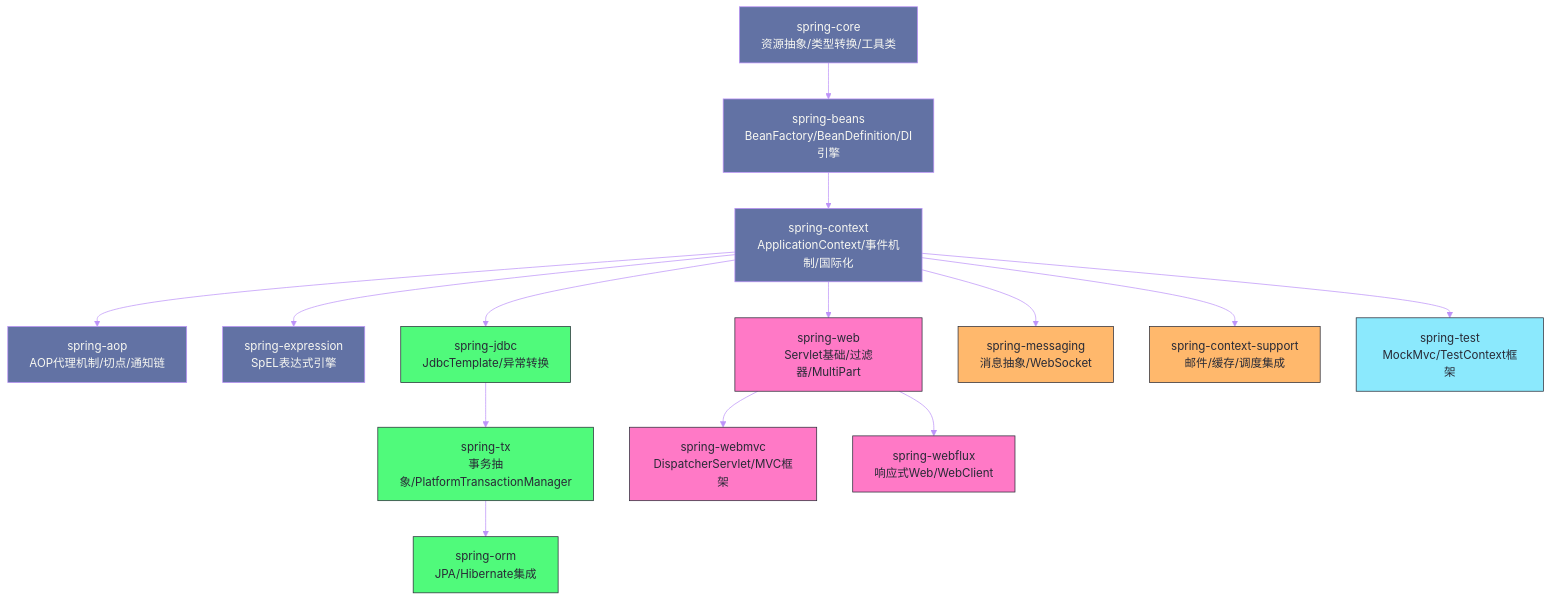
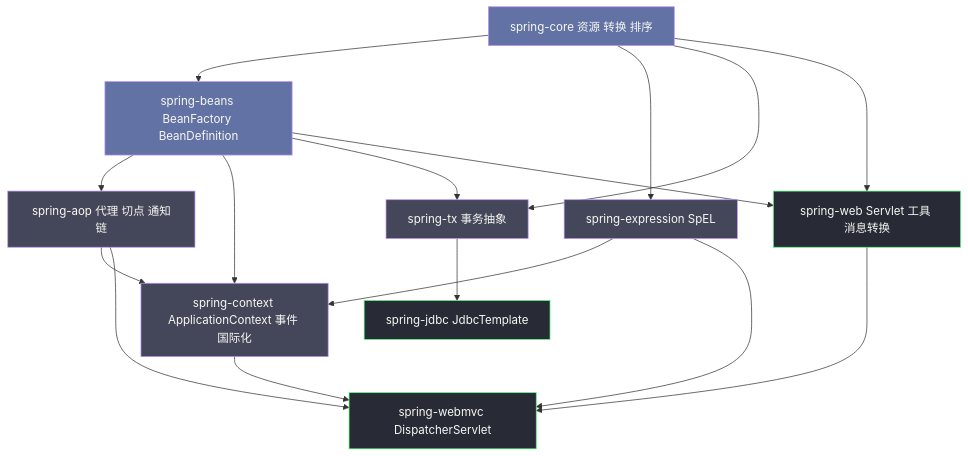
One commit to hpliStartAgain/my-brain changed the first of 4 diagrams in content/Java/SpringCore/01 Spring全局架构——模块划分与核心设计理念.md. Above: the diagram before and after it, drawn with Mermaid. The commit also changed other lines of this file and 455 other files, not shown here.

````diff
--- a/content/Java/SpringCore/01 Spring全局架构——模块划分与核心设计理念.md
+++ b/content/Java/SpringCore/01 Spring全局架构——模块划分与核心设计理念.md
@@ -82,48 +61,37 @@
 ```mermaid
-%%{init: {'theme': 'base', 'themeVariables': {'primaryColor': '#6272a4', 'primaryTextColor': '#f8f8f2', 'primaryBorderColor': '#44475a', 'lineColor': '#bd93f9', 'secondaryColor': '#44475a', 'tertiaryColor': '#282a36', 'background': '#282a36', 'mainBkg': '#44475a', 'nodeBorder': '#6272a4', 'clusterBkg': '#282a36', 'titleColor': '#f8f8f2', 'edgeLabelBackground': '#44475a', 'fontFamily': 'monospace'}}}%%
+%%{init: {'theme': 'dracula'}}%%
 graph TD
-    classDef core fill:#6272a4,stroke:#bd93f9,color:#f8f8f2
-    classDef data fill:#50fa7b,stroke:#282a36,color:#282a36
-    classDef web fill:#ff79c6,stroke:#282a36,color:#282a36
-    classDef integration fill:#ffb86c,stroke:#282a36,color:#282a36
-    classDef test fill:#8be9fd,stroke:#282a36,color:#282a36
+    classDef base fill:#6272a4,stroke:#bd93f9,color:#f8f8f2
+    classDef mid fill:#44475a,stroke:#bd93f9,color:#f8f8f2
+    classDef leaf fill:#282a36,stroke:#50fa7b,color:#f8f8f2
 
-    A["spring-core</br>资源抽象/类型转换/工具类"]
-    B["spring-beans</br>BeanFactory/BeanDefinition/DI引擎"]
-    C["spring-context</br>ApplicationContext/事件机制/国际化"]
-    D["spring-aop</br>AOP代理机制/切点/通知链"]
-    E["spring-expression</br>SpEL表达式引擎"]
-    
-    F["spring-jdbc</br>JdbcTemplate/异常转换"]
-    G["spring-tx</br>事务抽象/PlatformTransactionManager"]
-    H["spring-orm</br>JPA/Hibernate集成"]
-    
-    I["spring-web</br>Servlet基础/过滤器/MultiPart"]
-    J["spring-webmvc</br>DispatcherServlet/MVC框架"]
-    K["spring-webflux</br>响应式Web/WebClient"]
-    
-    L["spring-messaging</br>消息抽象/WebSocket"]
-    M["spring-context-support</br>邮件/缓存/调度集成"]
-    
-    N["spring-test</br>MockMvc/TestContext框架"]
-    
-    A --> B
-    B --> C
-    C --> D
-    C --> E
-    C --> F
-    F --> G
-    G --> H
-    C --> I
-    I --> J
-    I --> K
-    C --> L
-    C --> M
-    C --> N
+    CORE["spring-core 资源 转换 排序"]
+    BEANS["spring-beans BeanFactory BeanDefinition"]
+    AOP["spring-aop 代理 切点 通知链"]
+    SPEL["spring-expression SpEL"]
+    CTX["spring-context ApplicationContext 事件 国际化"]
+    TX["spring-tx 事务抽象"]
+    JDBC["spring-jdbc JdbcTemplate"]
+    WEB["spring-web Servlet 工具 消息转换"]
+    MVC["spring-webmvc DispatcherServlet"]
 
-    class A,B,C,D,E core
-    class F,G,H data
-    class I,J,K web
-    class L,M integration
-    class N test
+    CORE --> BEANS
+    BEANS --> AOP
+    CORE --> SPEL
+    AOP --> CTX
+    SPEL --> CTX
+    BEANS --> CTX
+    CORE --> TX
+    BEANS --> TX
+    TX --> JDBC
+    BEANS --> WEB
+    CORE --> WEB
+    CTX --> MVC
+    AOP --> MVC
+    SPEL --> MVC
+    WEB --> MVC
+
+    class CORE,BEANS base
+    class AOP,SPEL,CTX,TX mid
+    class JDBC,WEB,MVC leaf
 ```
````
